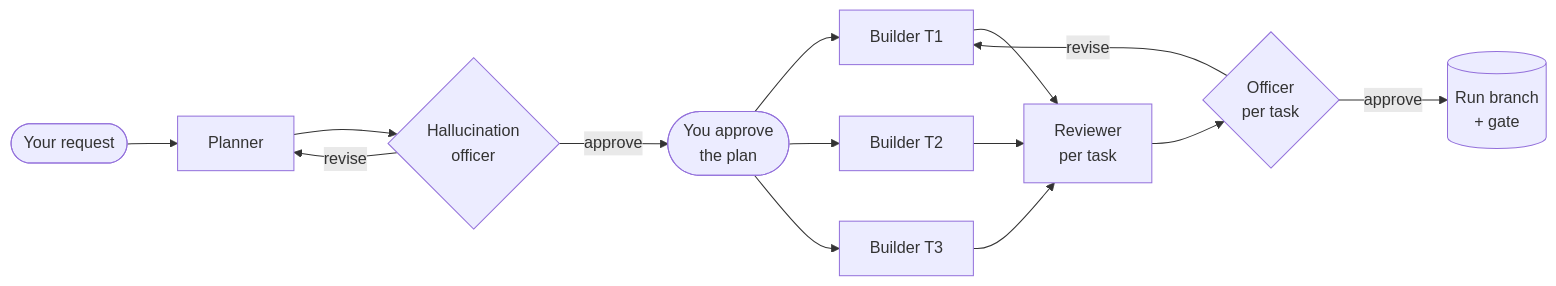
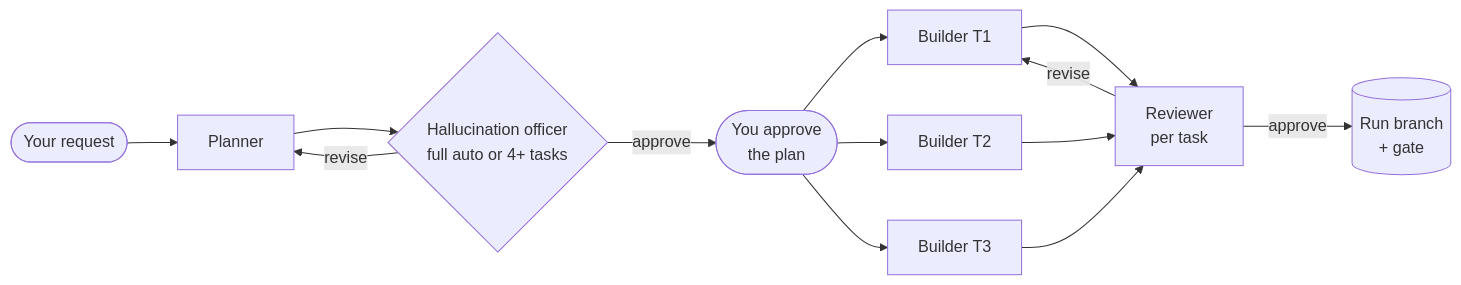
The diagram in README.md (Kodexa-software/Coordinator), drawn with Mermaid before and after one commit. The commit also changed 1 other file, not shown here.

Commit message:
Answer whether quality dropped in the report and drop the per-task officer from the README diagram.

````diff
--- a/README.md
+++ b/README.md
@@ -72,12 +72,11 @@
 ```mermaid
 flowchart LR
     R([Your request]) --> P[Planner]
-    P --> O{Hallucination<br/>officer}
+    P --> O{Hallucination officer<br/>full auto or 4+ tasks}
     O -- revise --> P
     O -- approve --> Y([You approve<br/>the plan])
     Y --> B1[Builder T1] & B2[Builder T2] & B3[Builder T3]
     B1 & B2 & B3 --> V[Reviewer<br/>per task]
-    V --> Q{Officer<br/>per task}
-    Q -- revise --> B1
-    Q -- approve --> M[(Run branch<br/>+ gate)]
+    V -- revise --> B1
+    V -- approve --> M[(Run branch<br/>+ gate)]
 ```
````
